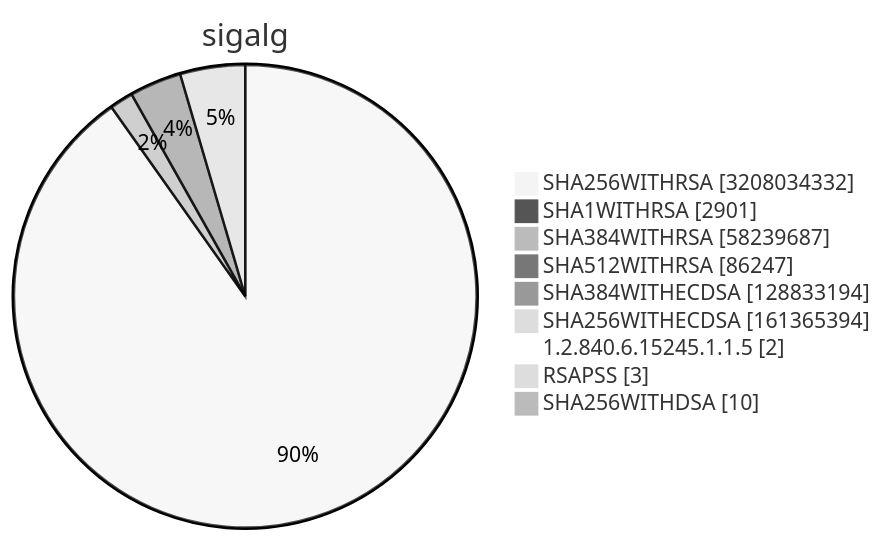
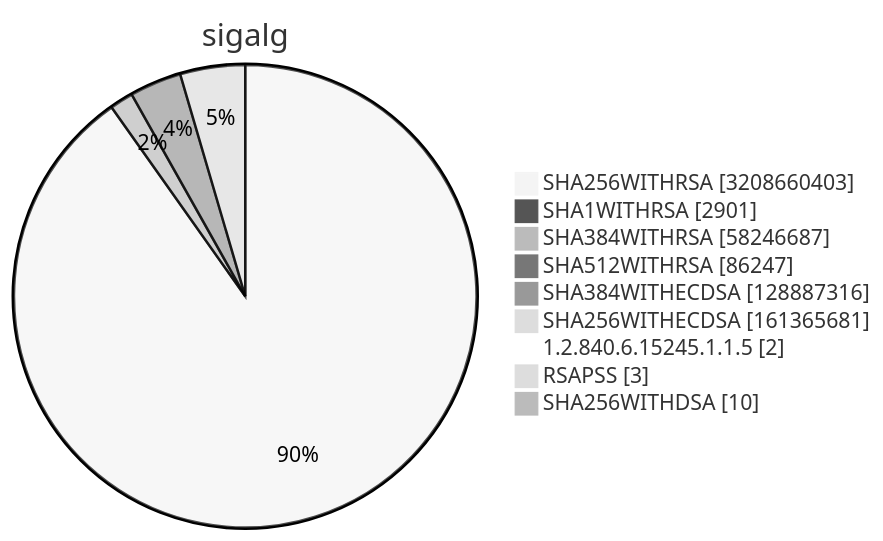
One commit to christiankrug/ctmonitor_visualization changed diagram 15 of 15 in TOTAL/README.md. Above: the diagram before and after it, drawn with Mermaid (neutral theme). The commit also changed other lines of this file, not shown here.

````diff
--- a/TOTAL/README.md
+++ b/TOTAL/README.md
@@ -6217,13 +6217,13 @@
 ```mermaid
 pie showData
 title sigalg
-"SHA256WITHRSA" :3208034332
+"SHA256WITHRSA" :3208660403
 "SHA1WITHRSA" :2901
-"SHA384WITHRSA" :58239687
+"SHA384WITHRSA" :58246687
 "SHA512WITHRSA" :86247
-"SHA384WITHECDSA" :128833194
-"SHA256WITHECDSA" :161365394
+"SHA384WITHECDSA" :128887316
+"SHA256WITHECDSA" :161365681
 "1.2.840.6.15245.1.1.5" :2
 "RSAPSS" :3
 "SHA256WITHDSA" :10
 ```
````
